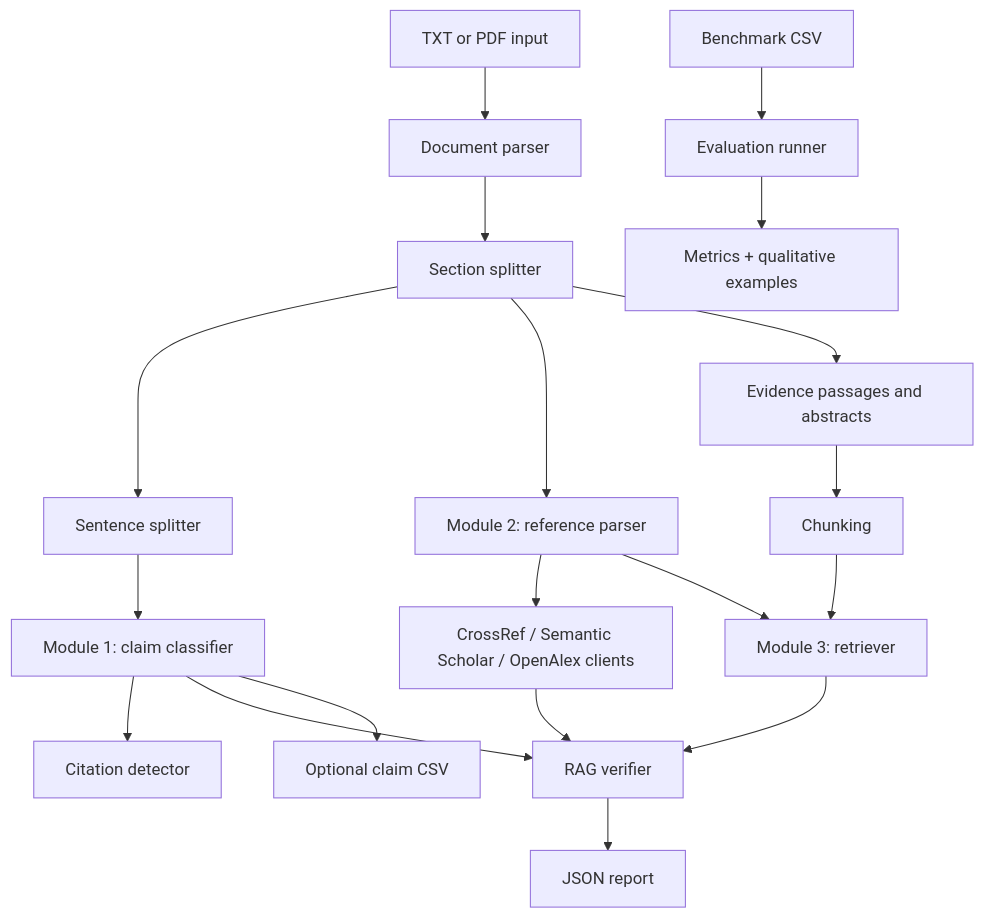
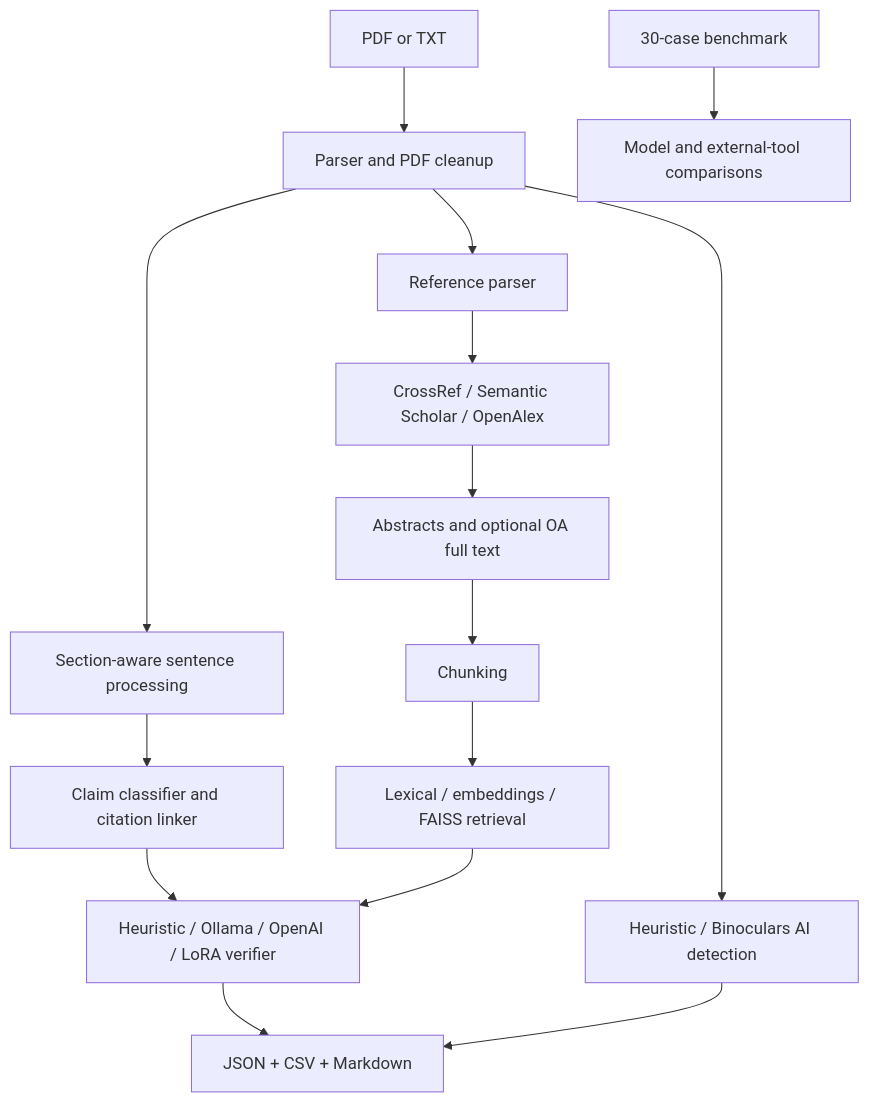
The diagram in CapStone Project/README.md (Nils-Wagnr/DeepLearning), drawn with Mermaid before and after one commit. The commit also changed other lines of this file and 249 other files, not shown here.

First line of the commit message:
Add training and evaluation scripts for SciFact claim verifier with LoRA

````diff
--- a/CapStone Project/README.md
+++ b/CapStone Project/README.md
@@ -91,21 +348,17 @@
 ```mermaid
 flowchart TD
-    A[TXT or PDF input] --> B[Document parser]
-    B --> C[Section splitter]
-    C --> D[Sentence splitter]
-    D --> E[Module 1: claim classifier]
-    E --> F[Citation detector]
-    C --> G[Module 2: reference parser]
-    G --> H[CrossRef / Semantic Scholar / OpenAlex clients]
-    C --> I[Evidence passages and abstracts]
-    I --> J[Chunking]
-    J --> K[Module 3: retriever]
-    G --> K
-    E --> L[RAG verifier]
+    A[PDF or TXT] --> B[Parser and PDF cleanup]
+    B --> C[Section-aware sentence processing]
+    C --> D[Claim classifier and citation linker]
+    B --> E[Reference parser]
+    E --> F[CrossRef / Semantic Scholar / OpenAlex]
+    F --> G[Abstracts and optional OA full text]
+    G --> H[Chunking]
+    H --> I[Lexical / embeddings / FAISS retrieval]
+    D --> J[Heuristic / Ollama / OpenAI / LoRA verifier]
+    I --> J
+    B --> K[Heuristic / Binoculars AI detection]
+    J --> L[JSON + CSV + Markdown]
     K --> L
-    H --> L
-    L --> M[JSON report]
-    E --> N[Optional claim CSV]
-    O[Benchmark CSV] --> P[Evaluation runner]
-    P --> Q[Metrics + qualitative examples]
+    M[30-case benchmark] --> N[Model and external-tool comparisons]
 ```
````
